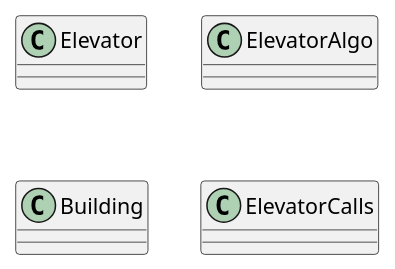
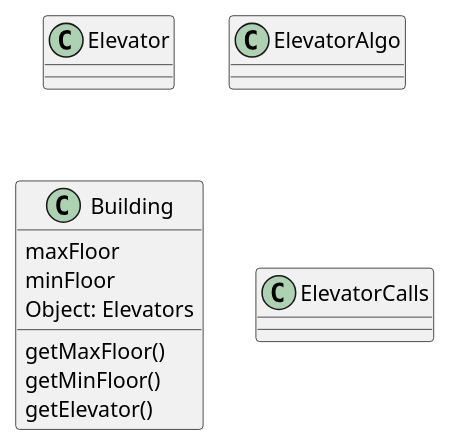
One commit to BenZeltser/OOP_2021_EX1 changed the diagram in PythonFiles/UML.puml. Above: the diagram before and after it, drawn with PlantUML. The commit also changed 4 other files, not shown here.

```diff
--- a/PythonFiles/UML.puml
+++ b/PythonFiles/UML.puml
@@ -1,18 +1,24 @@
 @startuml
+
 
 class Elevator {
 
     }
 
 class ElevatorAlgo {
 
     }
 
  class Building {
-
+    getMaxFloor()
+    getMinFloor()
+    getElevator()
+    maxFloor
+    minFloor
+    Object: Elevators
     }
 
  class ElevatorCalls {
 
     }
 @enduml
```
